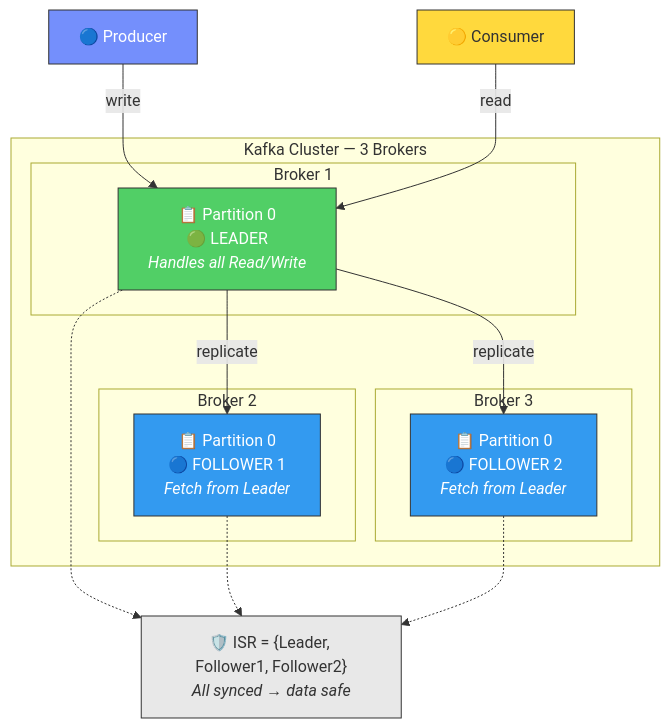
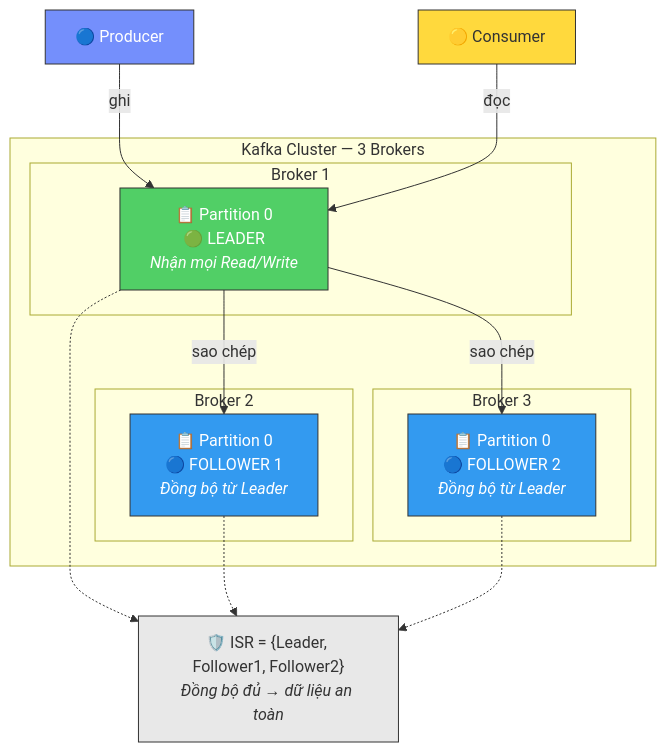
Before and after one commit to quan-vo-dinh/saas-pos-microservices-qrtable: diagram 13 of 38 in docs/guides/kafka-qrtable.md, drawn with Mermaid. The commit also changed other lines of this file and 62 other files, not shown here.

````diff
--- a/docs/guides/kafka-qrtable.md
+++ b/docs/guides/kafka-qrtable.md
@@ -583,32 +582,32 @@
 ```mermaid
 graph TB
     subgraph CLUSTER["Kafka Cluster — 3 Brokers"]
         subgraph B1["Broker 1"]
-LEADER["📋 Partition 0<br/>🟢 LEADER<br/><i>Handles all Read/Write</i>"]
+LEADER["📋 Partition 0<br/>🟢 LEADER<br/><i>Nhận mọi Read/Write</i>"]
         end
         subgraph B2["Broker 2"]
-F1["📋 Partition 0<br/>🔵 FOLLOWER 1<br/><i>Fetch from Leader</i>"]
+F1["📋 Partition 0<br/>🔵 FOLLOWER 1<br/><i>Đồng bộ từ Leader</i>"]
         end
         subgraph B3["Broker 3"]
-F2["📋 Partition 0<br/>🔵 FOLLOWER 2<br/><i>Fetch from Leader</i>"]
+F2["📋 Partition 0<br/>🔵 FOLLOWER 2<br/><i>Đồng bộ từ Leader</i>"]
         end
     end
 
-    LEADER -->|"replicate"| F1
-    LEADER -->|"replicate"| F2
+    LEADER -->|"sao chép"| F1
+    LEADER -->|"sao chép"| F2
 
-ISR["🛡️ ISR = {Leader, Follower1, Follower2}<br/><i>All synced → data safe</i>"]
+ISR["🛡️ ISR = {Leader, Follower1, Follower2}<br/><i>Đồng bộ đủ → dữ liệu an toàn</i>"]
     LEADER -.-> ISR
     F1 -.-> ISR
     F2 -.-> ISR
 
-    PROD["🔵 Producer"] -->|"write"| LEADER
-    CONS["🟡 Consumer"] -->|"read"| LEADER
+    PROD["🔵 Producer"] -->|"ghi"| LEADER
+    CONS["🟡 Consumer"] -->|"đọc"| LEADER
 
     style LEADER fill:#51cf66,stroke:#333,color:#fff
     style F1 fill:#339af0,stroke:#333,color:#fff
     style F2 fill:#339af0,stroke:#333,color:#fff
     style ISR fill:#e8e8e8,stroke:#333
     style PROD fill:#748ffc,stroke:#333,color:#fff
     style CONS fill:#ffd93d,stroke:#333,color:#333
 ```
````
